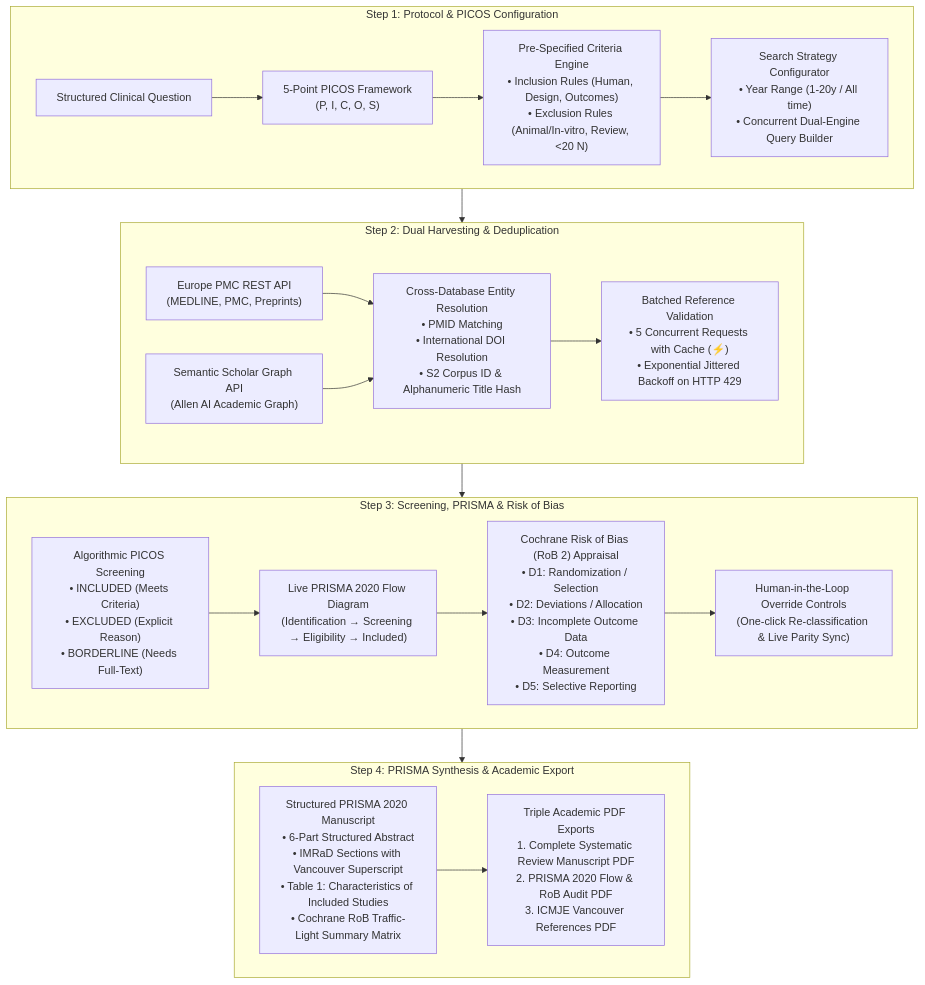
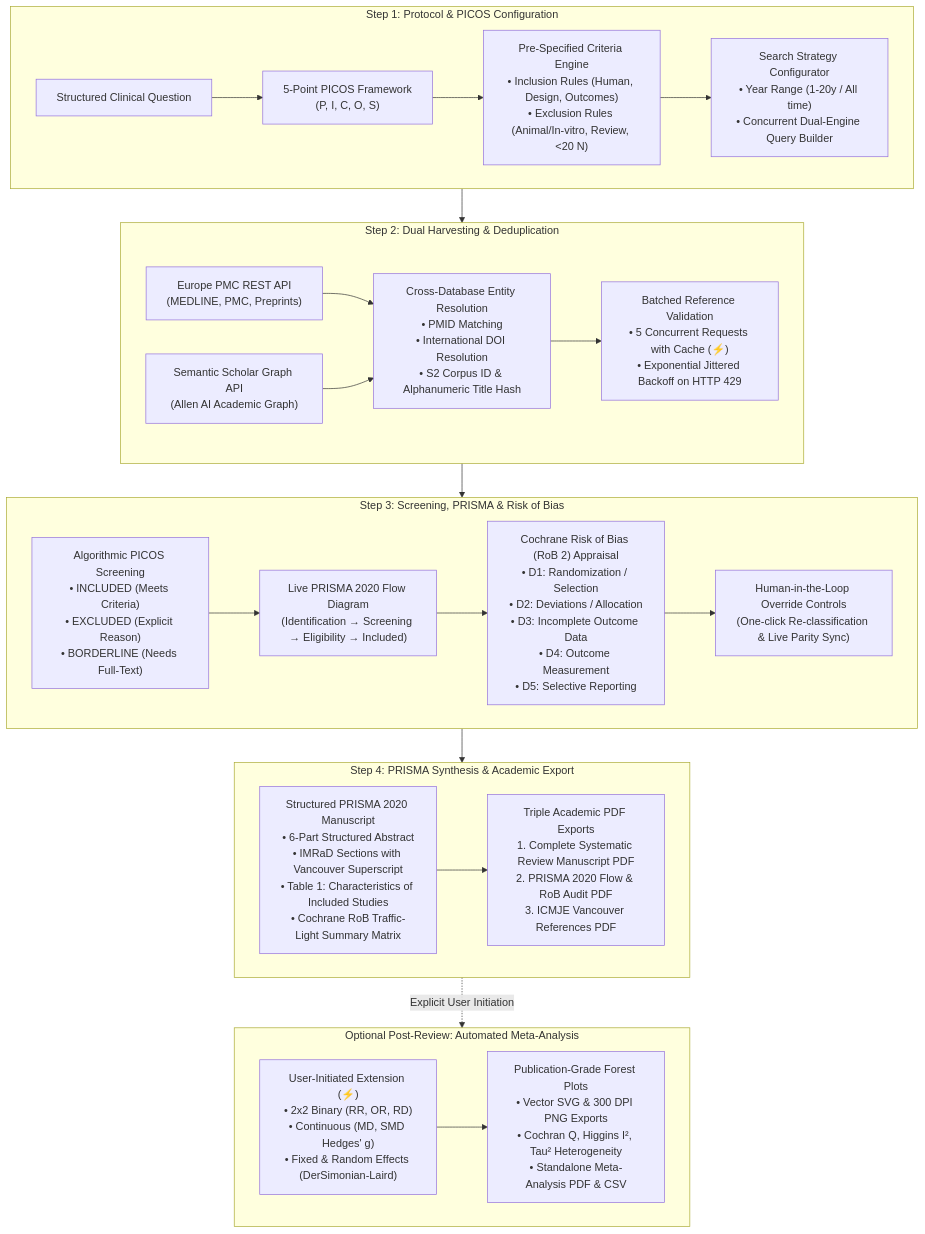
The diagram in README.md (roroleaks/Sysrevai), drawn with Mermaid before and after one commit. The commit also changed other lines of this file and 2 other files, not shown here.

Commit message:
Implement Automated Meta-Analysis Engine as separate, user-initiated post-review stage (binary & continuous pooling, vector forest plots, 300 DPI exports)

````diff
--- a/README.md
+++ b/README.md
@@ -52,26 +53,32 @@
 ```mermaid
 flowchart TD
     subgraph Step1["Step 1: Protocol & PICOS Configuration"]
         A1["Structured Clinical Question"] --> A2["5-Point PICOS Framework<br/>(P, I, C, O, S)"]
         A2 --> A3["Pre-Specified Criteria Engine<br/>• Inclusion Rules (Human, Design, Outcomes)<br/>• Exclusion Rules (Animal/In-vitro, Review, <20 N)"]
         A3 --> A4["Search Strategy Configurator<br/>• Year Range (1-20y / All time)<br/>• Concurrent Dual-Engine Query Builder"]
     end
 
     subgraph Step2["Step 2: Dual Harvesting & Deduplication"]
         B1["Europe PMC REST API<br/>(MEDLINE, PMC, Preprints)"] & B2["Semantic Scholar Graph API<br/>(Allen AI Academic Graph)"] --> B3["Cross-Database Entity Resolution<br/>• PMID Matching<br/>• International DOI Resolution<br/>• S2 Corpus ID & Alphanumeric Title Hash"]
         B3 --> B4["Batched Reference Validation<br/>• 5 Concurrent Requests with Cache (⚡)<br/>• Exponential Jittered Backoff on HTTP 429"]
     end
 
     subgraph Step3["Step 3: Screening, PRISMA & Risk of Bias"]
         C1["Algorithmic PICOS Screening<br/>• INCLUDED (Meets Criteria)<br/>• EXCLUDED (Explicit Reason)<br/>• BORDERLINE (Needs Full-Text)"] --> C2["Live PRISMA 2020 Flow Diagram<br/>(Identification → Screening → Eligibility → Included)"]
         C2 --> C3["Cochrane Risk of Bias (RoB 2) Appraisal<br/>• D1: Randomization / Selection<br/>• D2: Deviations / Allocation<br/>• D3: Incomplete Outcome Data<br/>• D4: Outcome Measurement<br/>• D5: Selective Reporting"]
         C3 --> C4["Human-in-the-Loop Override Controls<br/>(One-click Re-classification & Live Parity Sync)"]
     end
 
     subgraph Step4["Step 4: PRISMA Synthesis & Academic Export"]
         D1["Structured PRISMA 2020 Manuscript<br/>• 6-Part Structured Abstract<br/>• IMRaD Sections with Vancouver Superscript<br/>• Table 1: Characteristics of Included Studies<br/>• Cochrane RoB Traffic-Light Summary Matrix"]
         D1 --> D2["Triple Academic PDF Exports<br/>1. Complete Systematic Review Manuscript PDF<br/>2. PRISMA 2020 Flow & RoB Audit PDF<br/>3. ICMJE Vancouver References PDF"]
     end
 
+    subgraph Step5["Optional Post-Review: Automated Meta-Analysis"]
+        E1["User-Initiated Extension (⚡)<br/>• 2x2 Binary (RR, OR, RD)<br/>• Continuous (MD, SMD Hedges' g)<br/>• Fixed & Random Effects (DerSimonian-Laird)"]
+        E1 --> E2["Publication-Grade Forest Plots<br/>• Vector SVG & 300 DPI PNG Exports<br/>• Cochran Q, Higgins I², Tau² Heterogeneity<br/>• Standalone Meta-Analysis PDF & CSV"]
+    end
+
     Step1 --> Step2 --> Step3 --> Step4
+    Step4 -. "Explicit User Initiation" .-> Step5
 ```
````
